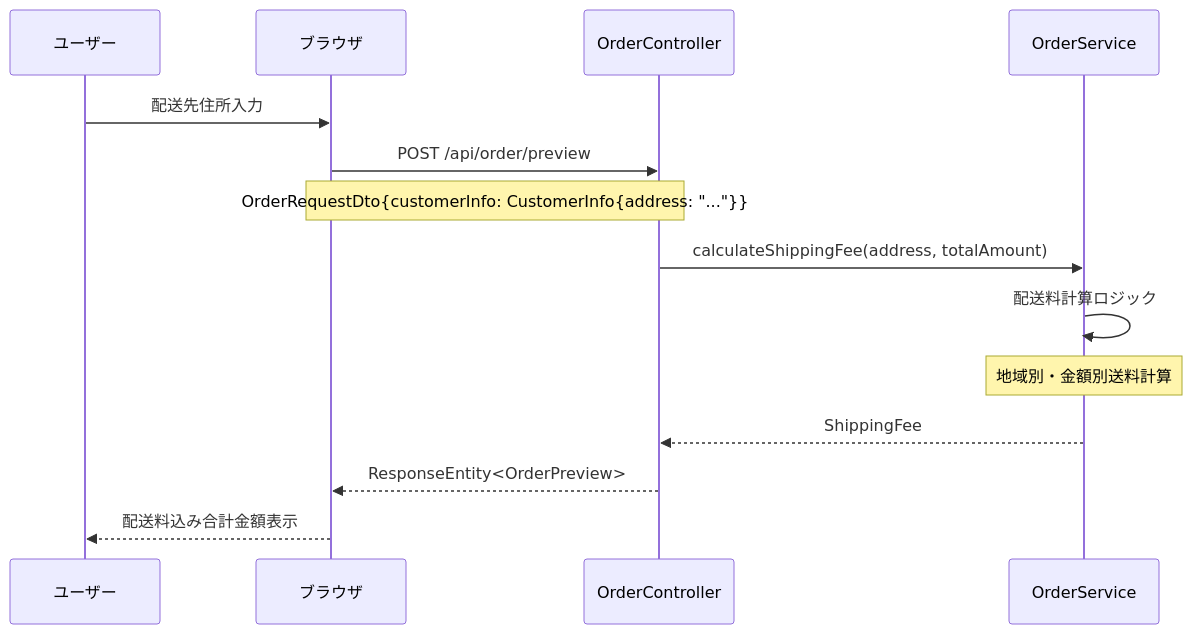
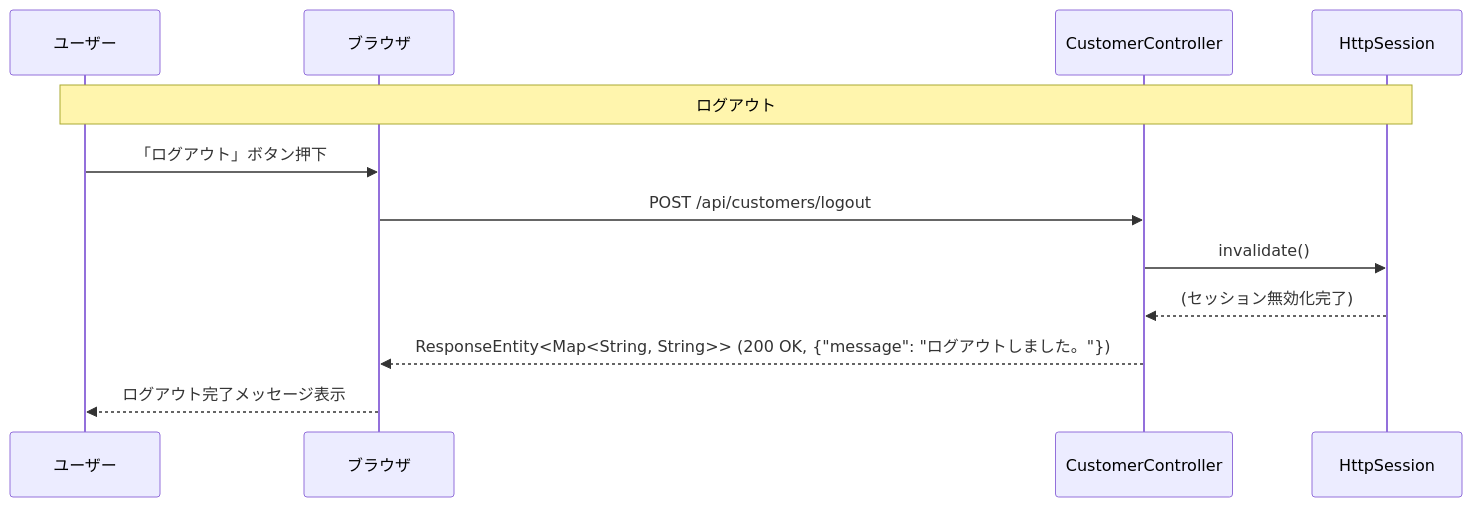
Before and after one commit to shogomaeda758/Bacon: diagram 17 of 22 in 詳細設計/詳細設計書_v3.md, drawn with Mermaid. The commit also changed other lines of this file, not shown here.

Commit message:
シーケンス図変更＿詳細設計書

````diff
--- a/詳細設計/詳細設計書_v3.md
+++ b/詳細設計/詳細設計書_v3.md
@@ -745,17 +690,15 @@
 ```mermaid
 sequenceDiagram
     participant U as ユーザー
     participant B as ブラウザ
-    participant OC as OrderController
-    participant OS as OrderService
+    participant CuC as CustomerController
+    participant S as HttpSession
 
-    U->>B: 配送先住所入力
-    B->>OC: POST /api/order/preview
-    Note over B,OC: OrderRequestDto{customerInfo: CustomerInfo{address: "..."}}
-    OC->>OS: calculateShippingFee(address, totalAmount)
-    OS->>OS: 配送料計算ロジック
-    Note over OS: 地域別・金額別送料計算
-    OS-->>OC: ShippingFee
-    OC-->>B: ResponseEntity<OrderPreview>
-    B-->>U: 配送料込み合計金額表示
+    Note over U,S: ログアウト
+    U->>B: 「ログアウト」ボタン押下
+    B->>CuC: POST /api/customers/logout
+    CuC->>S: invalidate()
+    S-->>CuC: (セッション無効化完了)
+    CuC-->>B: ResponseEntity<Map<String, String>> (200 OK, {"message": "ログアウトしました。"})
+    B-->>U: ログアウト完了メッセージ表示
 ```
````
